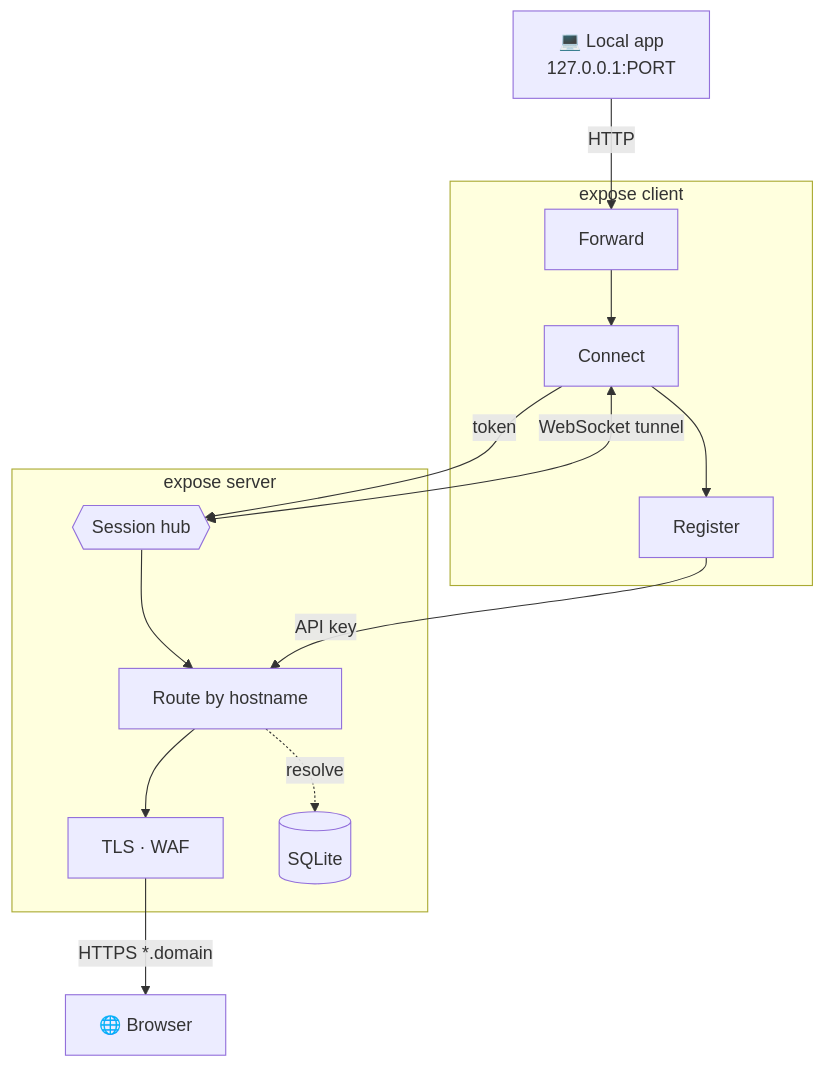
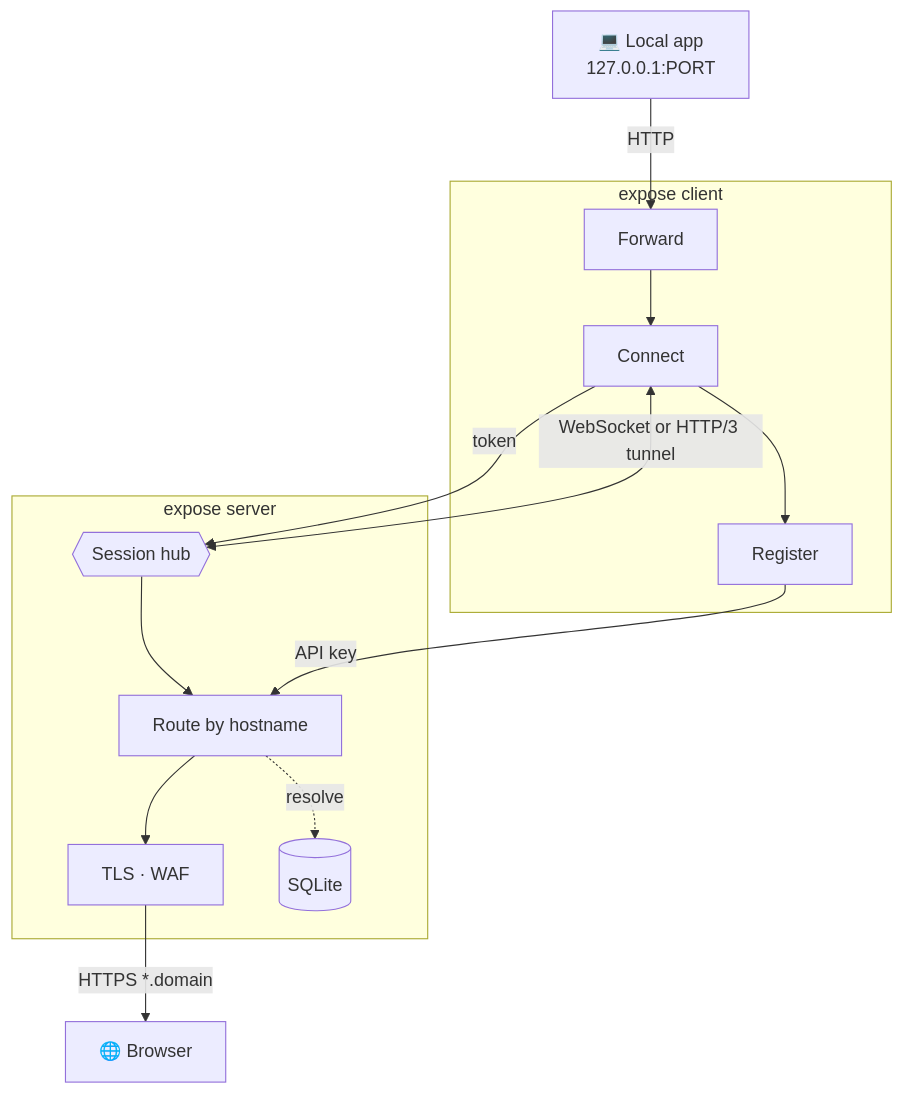
Before and after one commit to koltyakov/expose: the diagram in README.md, drawn with Mermaid. The commit also changed other lines of this file and 34 other files, not shown here.

````diff
--- a/README.md
+++ b/README.md
@@ -23,26 +24,26 @@
 ```mermaid
 flowchart TB
     App["💻 Local app<br/>127.0.0.1:PORT"]
 
     subgraph client["expose client"]
         Fwd["Forward"] --> Conn["Connect"] --> Reg["Register"]
     end
 
     subgraph server["expose server"]
         Hub{{"Session hub"}}
         Route["Route by hostname"]
         TLS["TLS · WAF"]
         DB[("SQLite")]
 
         Hub --> Route --> TLS
         Route -. resolve .-> DB
     end
 
     Browser["🌐 Browser"]
 
     App -- "HTTP" --> Fwd
-    Hub <-- "WebSocket tunnel" --> Conn
+    Hub <-- "WebSocket or HTTP/3 tunnel" --> Conn
     Conn -- "token" --> Hub
     Reg -- "API key" --> Route
     TLS -- "HTTPS *.domain" --> Browser
 ```
````
